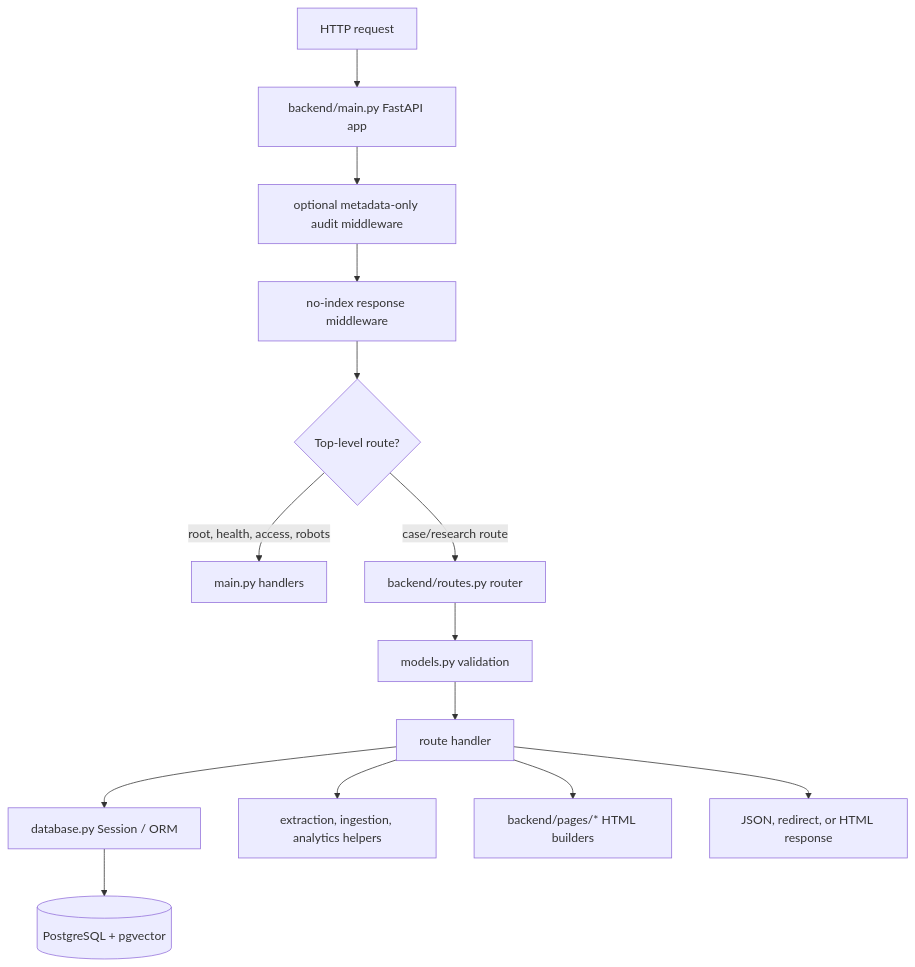
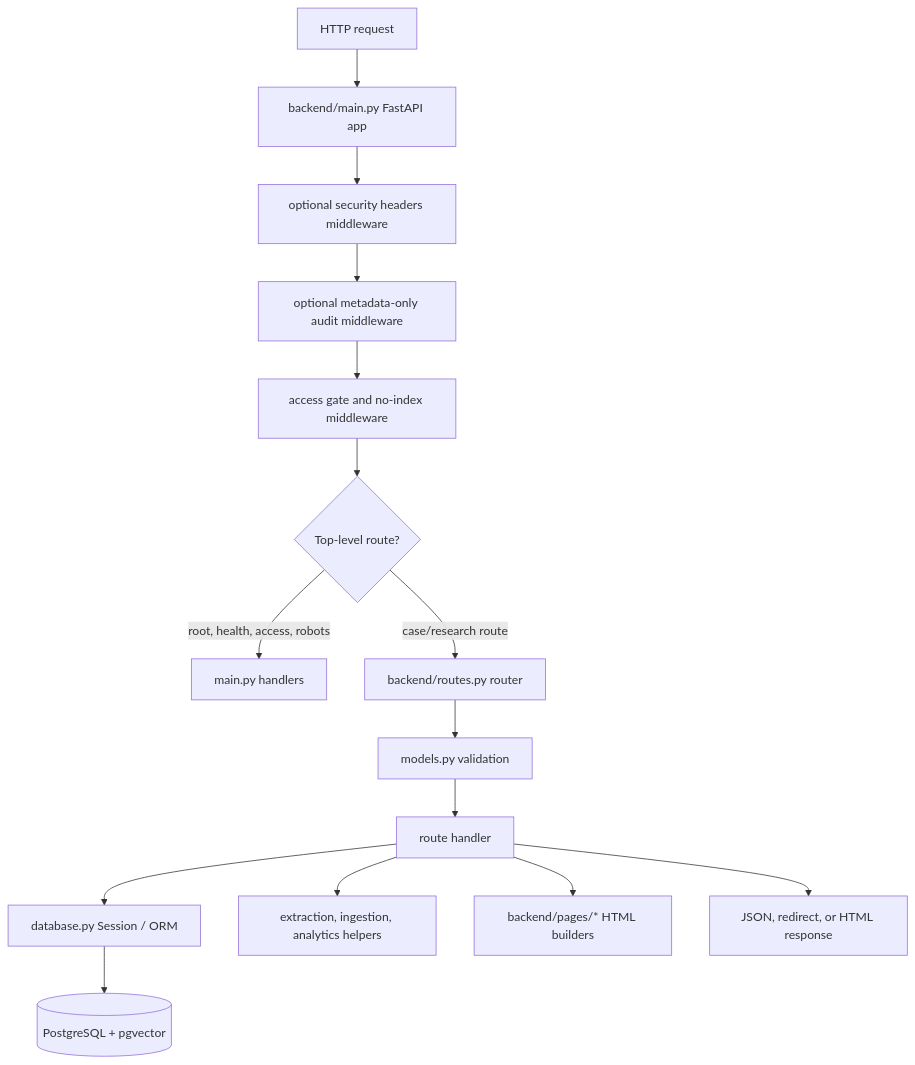
One commit to greystone-dan/LitIntelproject changed the diagram in .swm/1.oi7rhqp2.sw.md. Above: the diagram before and after it, drawn with Mermaid. The commit also changed other lines of this file and 7 other files, not shown here.

Commit message:
Add opt-in security response headers

````diff
--- a/.swm/1.oi7rhqp2.sw.md
+++ b/.swm/1.oi7rhqp2.sw.md
@@ -47,16 +60,17 @@
 ```mermaid
 flowchart TD
 	 Request[HTTP request] --> App[backend/main.py FastAPI app]
-	 App --> Audit[optional metadata-only audit middleware]
-	 Audit --> Middleware[no-index response middleware]
+	 App --> SecurityHeaders[optional security headers middleware]
+	 SecurityHeaders --> Audit[optional metadata-only audit middleware]
+	 Audit --> Middleware[access gate and no-index middleware]
 	 Middleware --> TopLevel{Top-level route?}
 	 TopLevel -->|root, health, access, robots| MainRoutes[main.py handlers]
 	 TopLevel -->|case/research route| Router[backend/routes.py router]
 	 Router --> Validate[models.py validation]
 	 Validate --> Handler[route handler]
 	 Handler --> Database[database.py Session / ORM]
 	 Handler --> Helpers[extraction, ingestion, analytics helpers]
 	 Handler --> PageModules[backend/pages/* HTML builders]
 	 Database --> PostgreSQL[(PostgreSQL + pgvector)]
 	 Handler --> Response[JSON, redirect, or HTML response]
 ```
````
